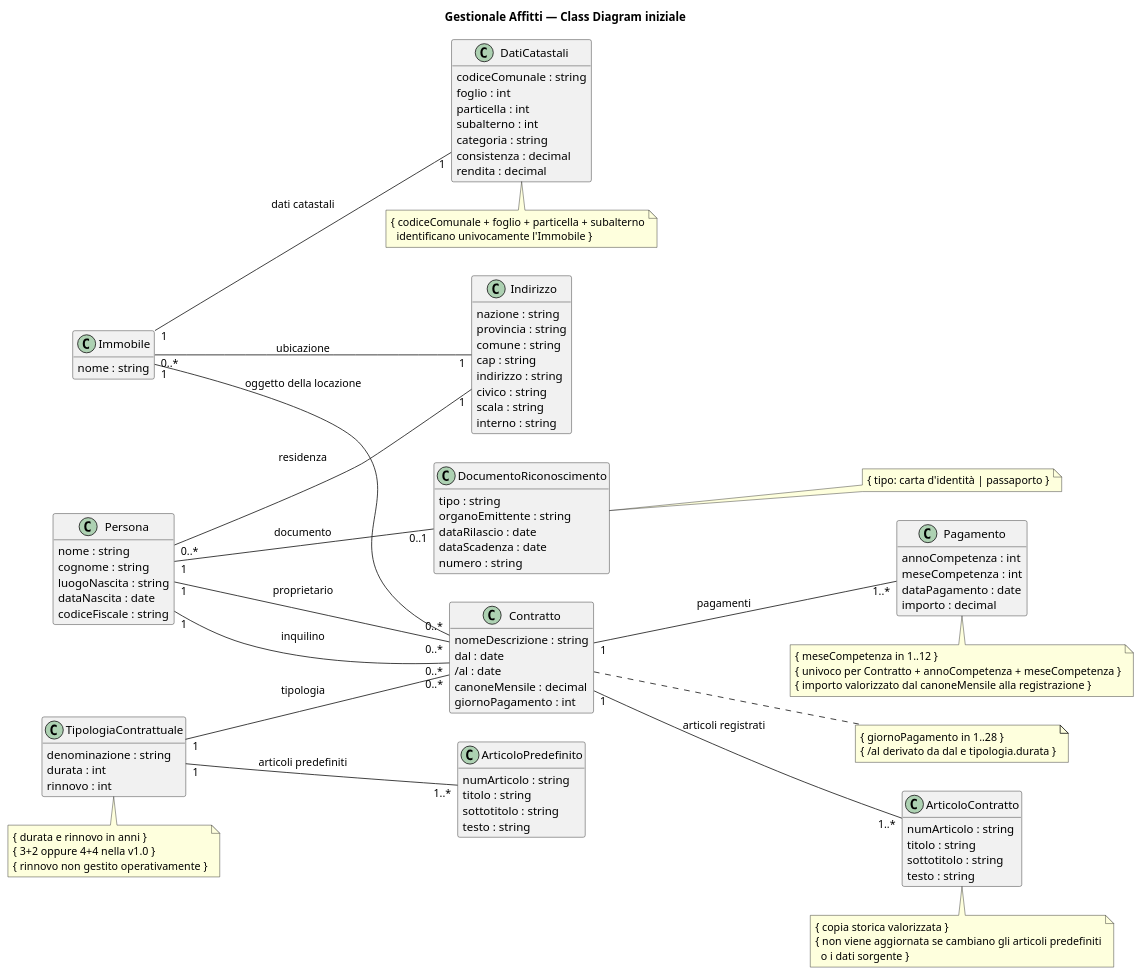
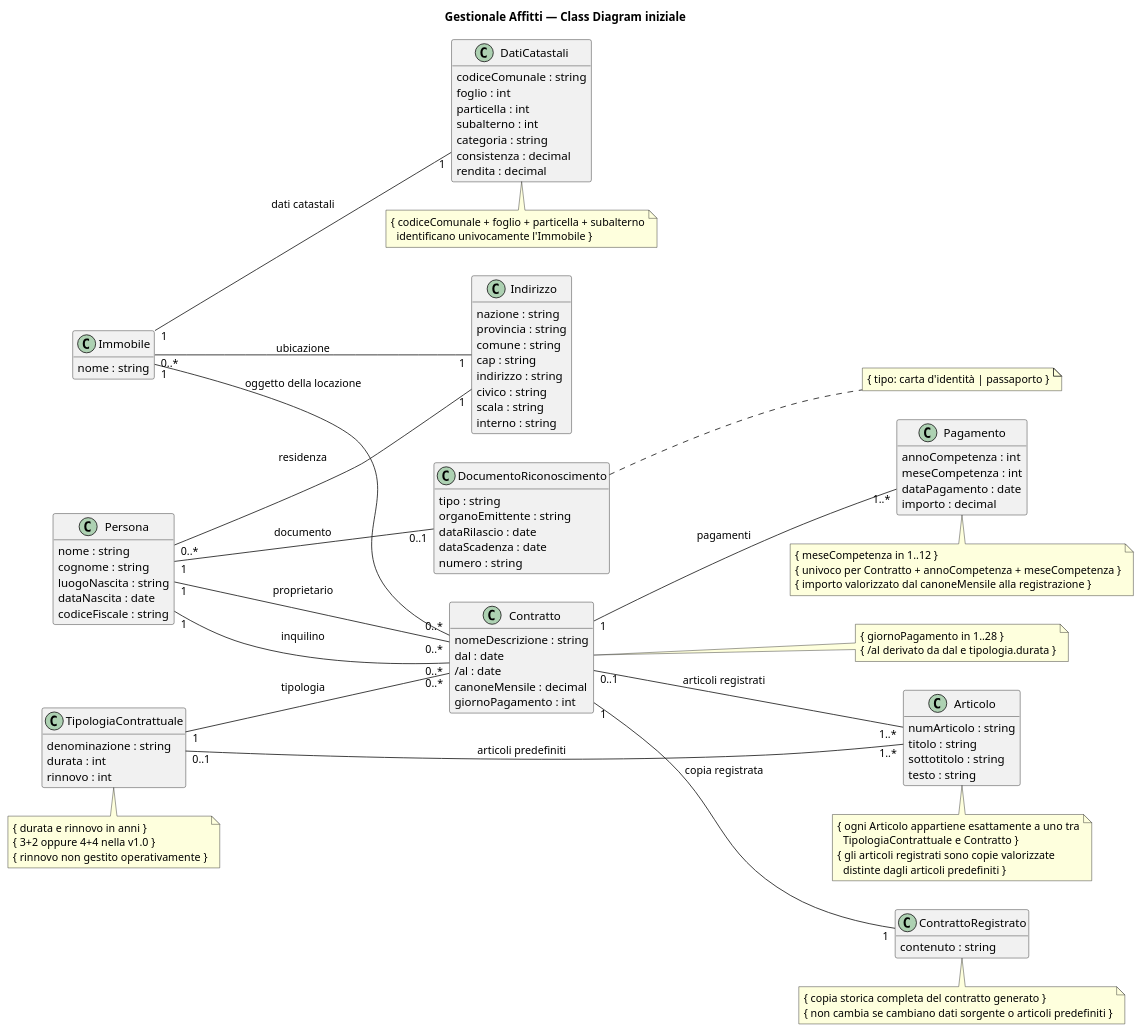
Before and after one commit to FabioMT78/esame_ingegneria_del_software_id_41: the diagram in uml/class-diagram-initial.puml, drawn with PlantUML. The commit also changed 3 other files, not shown here.

```diff
--- a/uml/class-diagram-initial.puml
+++ b/uml/class-diagram-initial.puml
@@ -1,134 +1,138 @@
 @startuml
 
 title Gestionale Affitti — Class Diagram iniziale
 
 left to right direction
 hide methods
 hide stereotypes
 skinparam classAttributeIconSize 0
 
 class Persona {
   nome : string
   cognome : string
   luogoNascita : string
   dataNascita : date
   codiceFiscale : string
 }
 
 class Indirizzo {
   nazione : string
   provincia : string
   comune : string
   cap : string
   indirizzo : string
   civico : string
   scala : string
   interno : string
 }
 
 class DocumentoRiconoscimento {
   tipo : string
   organoEmittente : string
   dataRilascio : date
   dataScadenza : date
   numero : string
 }
 
 class Immobile {
   nome : string
 }
 
 class DatiCatastali {
   codiceComunale : string
   foglio : int
   particella : int
   subalterno : int
   categoria : string
   consistenza : decimal
   rendita : decimal
 }
 
 class Contratto {
   nomeDescrizione : string
   dal : date
   /al : date
   canoneMensile : decimal
   giornoPagamento : int
 }
 
 class TipologiaContrattuale {
   denominazione : string
   durata : int
   rinnovo : int
 }
 
-class ArticoloPredefinito {
+class Articolo {
   numArticolo : string
   titolo : string
   sottotitolo : string
   testo : string
 }
 
-class ArticoloContratto {
-  numArticolo : string
-  titolo : string
-  sottotitolo : string
-  testo : string
+class ContrattoRegistrato {
+  contenuto : string
 }
 
 class Pagamento {
   annoCompetenza : int
   meseCompetenza : int
   dataPagamento : date
   importo : decimal
 }
 
 Persona "0..*" -- "1" Indirizzo : residenza
 Immobile "0..*" -- "1" Indirizzo : ubicazione
 Persona "1" -- "0..1" DocumentoRiconoscimento : documento
 
 Immobile "1" -- "1" DatiCatastali : dati catastali
 Immobile "1" -- "0..*" Contratto : oggetto della locazione
 
 Persona "1" -- "0..*" Contratto : proprietario
 Persona "1" -- "0..*" Contratto : inquilino
 
 TipologiaContrattuale "1" -- "0..*" Contratto : tipologia
-TipologiaContrattuale "1" -- "1..*" ArticoloPredefinito : articoli predefiniti
+TipologiaContrattuale "0..1" -- "1..*" Articolo : articoli predefiniti
+Contratto "0..1" -- "1..*" Articolo : articoli registrati
 
-Contratto "1" -- "1..*" ArticoloContratto : articoli registrati
+Contratto "1" -- "1" ContrattoRegistrato : copia registrata
 Contratto "1" -- "1..*" Pagamento : pagamenti
 
 note right of DocumentoRiconoscimento
   { tipo: carta d'identità | passaporto }
 end note
 
 note bottom of DatiCatastali
   { codiceComunale + foglio + particella + subalterno
     identificano univocamente l'Immobile }
 end note
 
 note right of Contratto
   { giornoPagamento in 1..28 }
   { /al derivato da dal e tipologia.durata }
 end note
 
 note bottom of TipologiaContrattuale
   { durata e rinnovo in anni }
   { 3+2 oppure 4+4 nella v1.0 }
   { rinnovo non gestito operativamente }
 end note
 
-note bottom of ArticoloContratto
-  { copia storica valorizzata }
-  { non viene aggiornata se cambiano gli articoli predefiniti
-    o i dati sorgente }
+note bottom of Articolo
+  { ogni Articolo appartiene esattamente a uno tra
+    TipologiaContrattuale e Contratto }
+  { gli articoli registrati sono copie valorizzate
+    distinte dagli articoli predefiniti }
+end note
+
+note bottom of ContrattoRegistrato
+  { copia storica completa del contratto generato }
+  { non cambia se cambiano dati sorgente o articoli predefiniti }
 end note
 
 note bottom of Pagamento
   { meseCompetenza in 1..12 }
   { univoco per Contratto + annoCompetenza + meseCompetenza }
   { importo valorizzato dal canoneMensile alla registrazione }
 end note
 
 @enduml
```
